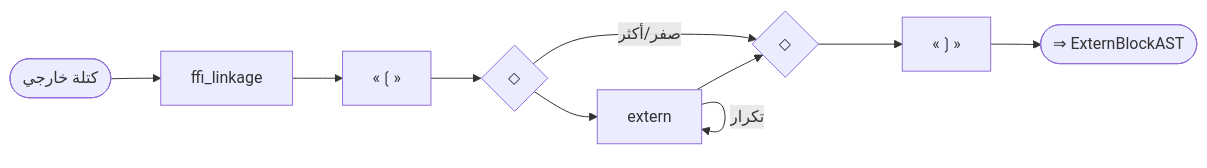
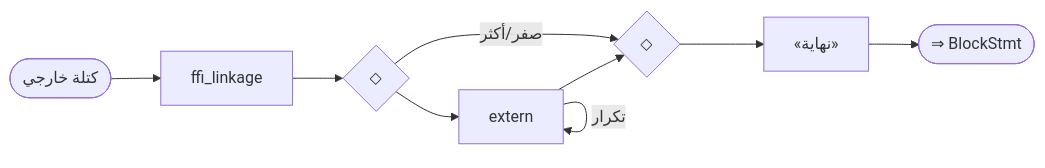
Before and after one commit to sadlang/sadlang: diagram 39 of 55 in docs/parser_rule/_generated/60_advanced.md, drawn with Mermaid. The commit also changed other lines of this file and 283 other files, not shown here.

````diff
--- a/docs/parser_rule/_generated/60_advanced.md
+++ b/docs/parser_rule/_generated/60_advanced.md
@@ -1205,20 +1284,18 @@
 ```mermaid
 flowchart LR
   n1(["كتلة خارجي"])
   n2["ffi_linkage"]
-  n3["«❲»"]
+  n3{"◇"}
+  n4{"◇"}
+  n5["extern"]
+  n3 --> n5
+  n5 --> n4
+  n5 -- "تكرار" --> n5
+  n3 -- "صفر/أكثر" --> n4
   n2 --> n3
-  n4{"◇"}
-  n5{"◇"}
-  n6["extern"]
+  n6["«نهاية»"]
   n4 --> n6
-  n6 --> n5
-  n6 -- "تكرار" --> n6
-  n4 -- "صفر/أكثر" --> n5
-  n3 --> n4
-  n7["«❳»"]
-  n5 --> n7
   n1 --> n2
-  n8(["⇒ ExternBlockAST"])
-  n7 --> n8
+  n7(["⇒ BlockStmt"])
+  n6 --> n7
 ```
````
